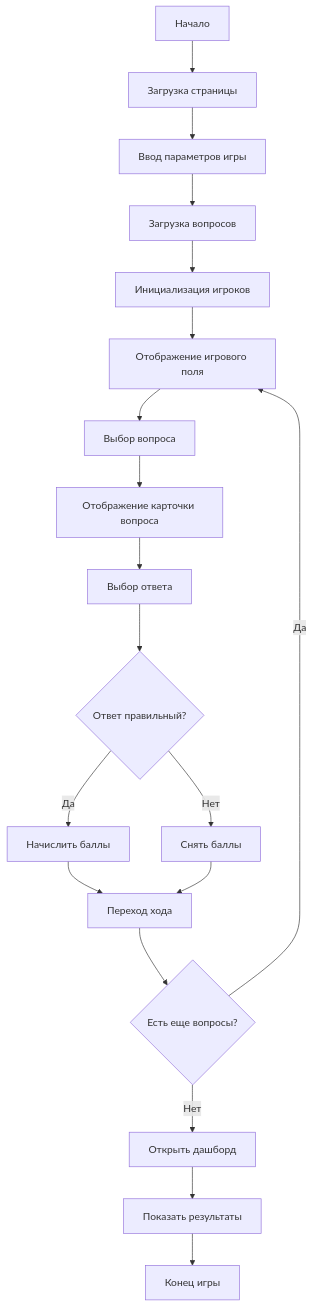
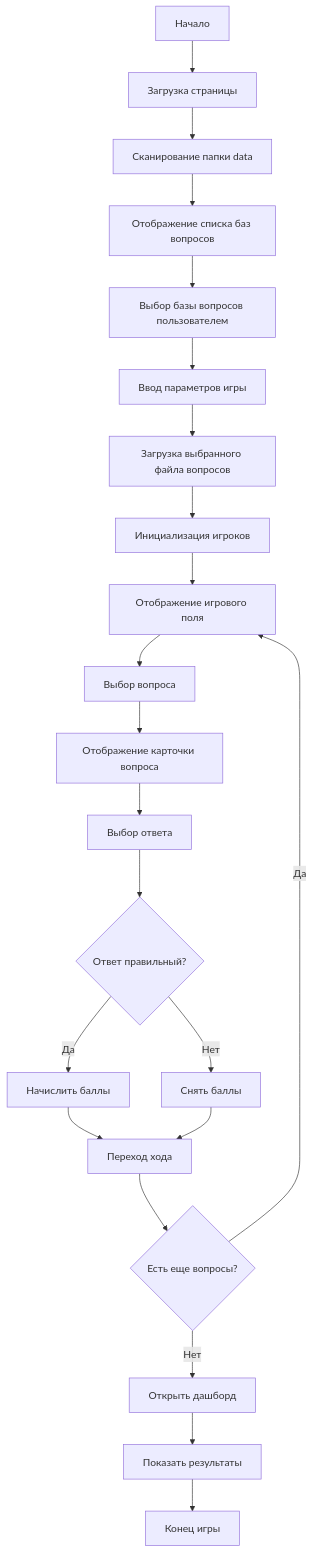
The diagram in architecture.md (alekseyvm/my_game), drawn with Mermaid before and after one commit. The commit also changed other lines of this file and 8 other files, not shown here.

````diff
--- a/architecture.md
+++ b/architecture.md
@@ -113,21 +123,24 @@
 ```mermaid
 graph TD
     A[Начало] --> B[Загрузка страницы]
-    B --> C[Ввод параметров игры]
-    C --> D[Загрузка вопросов]
-    D --> E[Инициализация игроков]
-    E --> F[Отображение игрового поля]
-    F --> G[Выбор вопроса]
-    G --> H[Отображение карточки вопроса]
-    H --> I[Выбор ответа]
-    I --> J{Ответ правильный?}
-    J -->|Да| K[Начислить баллы]
-    J -->|Нет| L[Снять баллы]
-    K --> M[Переход хода]
-    L --> M
-    M --> N{Есть еще вопросы?}
-    N -->|Да| F
-    N -->|Нет| O[Открыть дашборд]
-    O --> P[Показать результаты]
-    P --> Q[Конец игры]
+    B --> C[Сканирование папки data]
+    C --> D[Отображение списка баз вопросов]
+    D --> E[Выбор базы вопросов пользователем]
+    E --> F[Ввод параметров игры]
+    F --> G[Загрузка выбранного файла вопросов]
+    G --> H[Инициализация игроков]
+    H --> I[Отображение игрового поля]
+    I --> J[Выбор вопроса]
+    J --> K[Отображение карточки вопроса]
+    K --> L[Выбор ответа]
+    L --> M{Ответ правильный?}
+    M -->|Да| N[Начислить баллы]
+    M -->|Нет| O[Снять баллы]
+    N --> P[Переход хода]
+    O --> P
+    P --> Q{Есть еще вопросы?}
+    Q -->|Да| I
+    Q -->|Нет| R[Открыть дашборд]
+    R --> S[Показать результаты]
+    S --> T[Конец игры]
 ```
````
